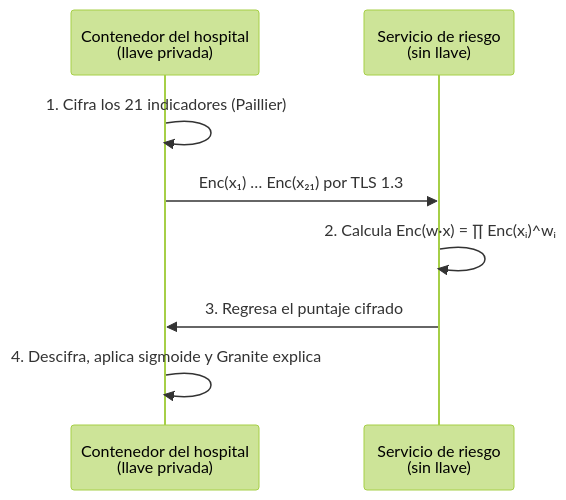
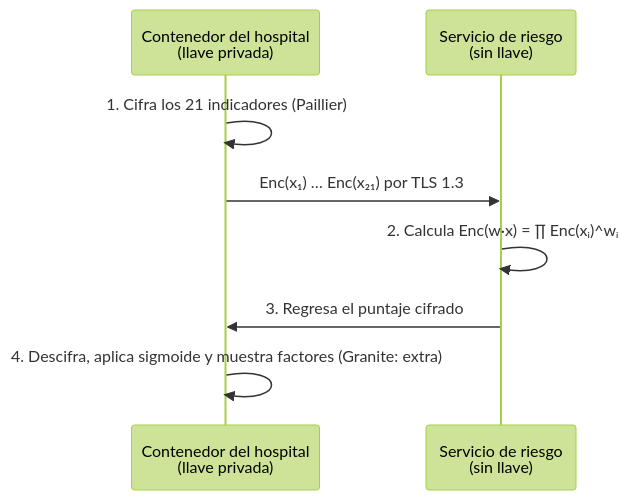
One commit to UACJ-MIAAD/antimarrulla-ibmz-datathon-2026 changed the first of 2 diagrams in docs/PROYECTO.md. Above: the diagram before and after it, drawn with Mermaid (forest theme). The commit also changed other lines of this file and 2 other files, not shown here.

Commit message:
docs: Granite y CKKS marcados como extras no integrados; stack implementado

````diff
--- a/docs/PROYECTO.md
+++ b/docs/PROYECTO.md
@@ -29,10 +29,10 @@
 ```mermaid
 sequenceDiagram
     participant H as Contenedor del hospital<br/>(llave privada)
     participant S as Servicio de riesgo<br/>(sin llave)
     H->>H: 1. Cifra los 21 indicadores (Paillier)
     H->>S: Enc(x₁) … Enc(x₂₁) por TLS 1.3
     S->>S: 2. Calcula Enc(w·x) = ∏ Enc(xᵢ)^wᵢ
     S->>H: 3. Regresa el puntaje cifrado
-    H->>H: 4. Descifra, aplica sigmoide y Granite explica
+    H->>H: 4. Descifra, aplica sigmoide y muestra factores (Granite: extra)
 ```
````
